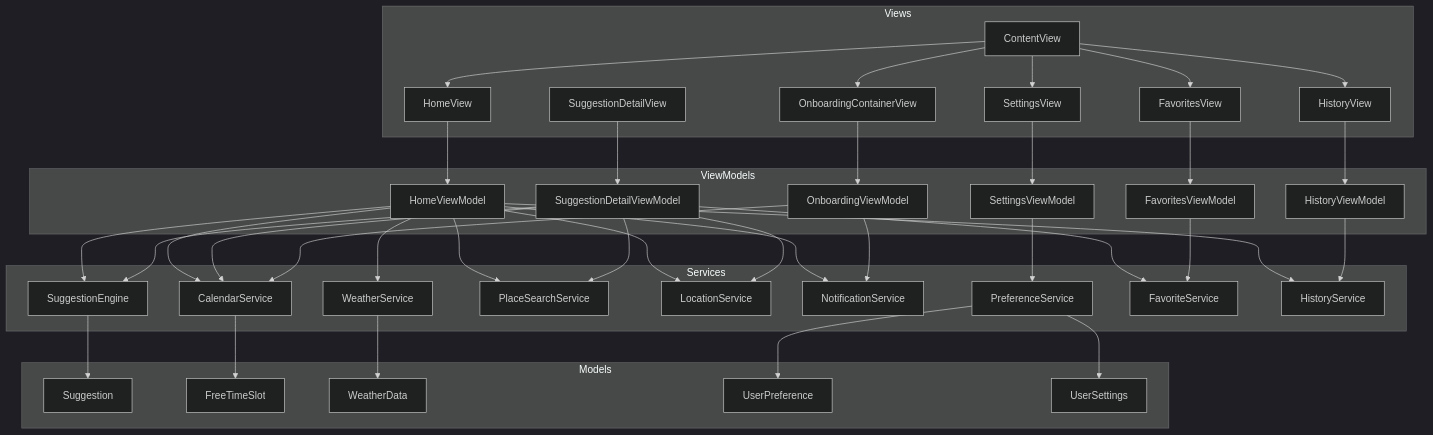
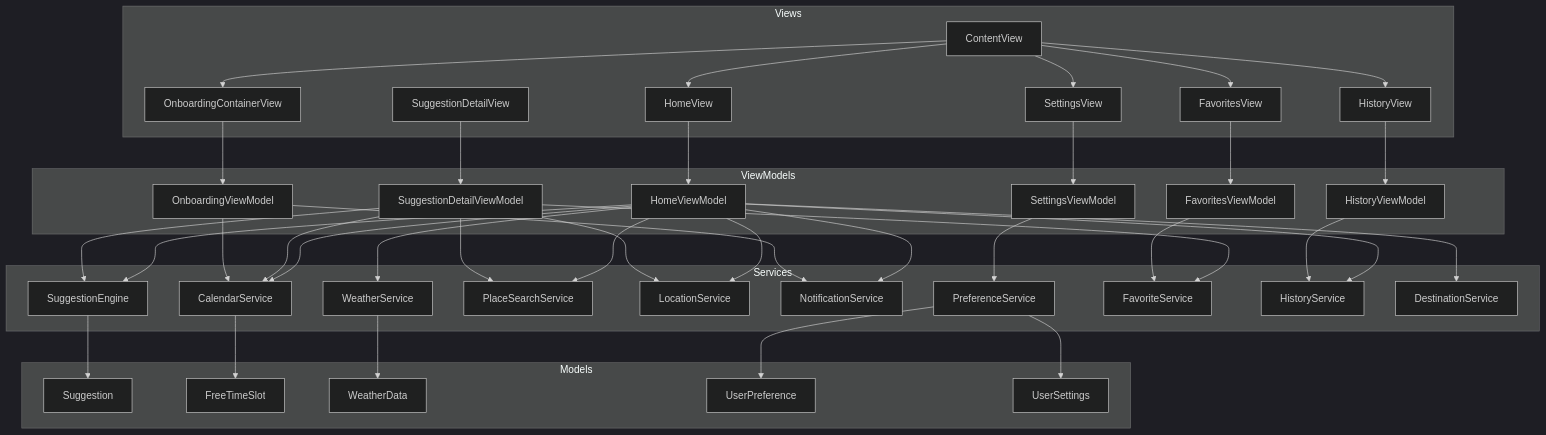
The first of 3 diagrams in docs/architecture/architecture-overview.md (Ken-Miyamura/serendipity-planner), drawn with Mermaid (dark theme) before and after one commit. The commit also changed other lines of this file and 4 other files, not shown here.

```diff
--- a/docs/architecture/architecture-overview.md
+++ b/docs/architecture/architecture-overview.md
@@ -35,6 +35,7 @@
         PFS[PreferenceService]
         FS[FavoriteService]
         HIS[HistoryService]
+        DS[DestinationService]
     end
 
     subgraph Models
@@ -64,6 +65,7 @@
     HVM --> LS
     HVM --> NS
     HVM --> HIS
+    HVM --> DS
 
     HISVM --> HIS
 
```
